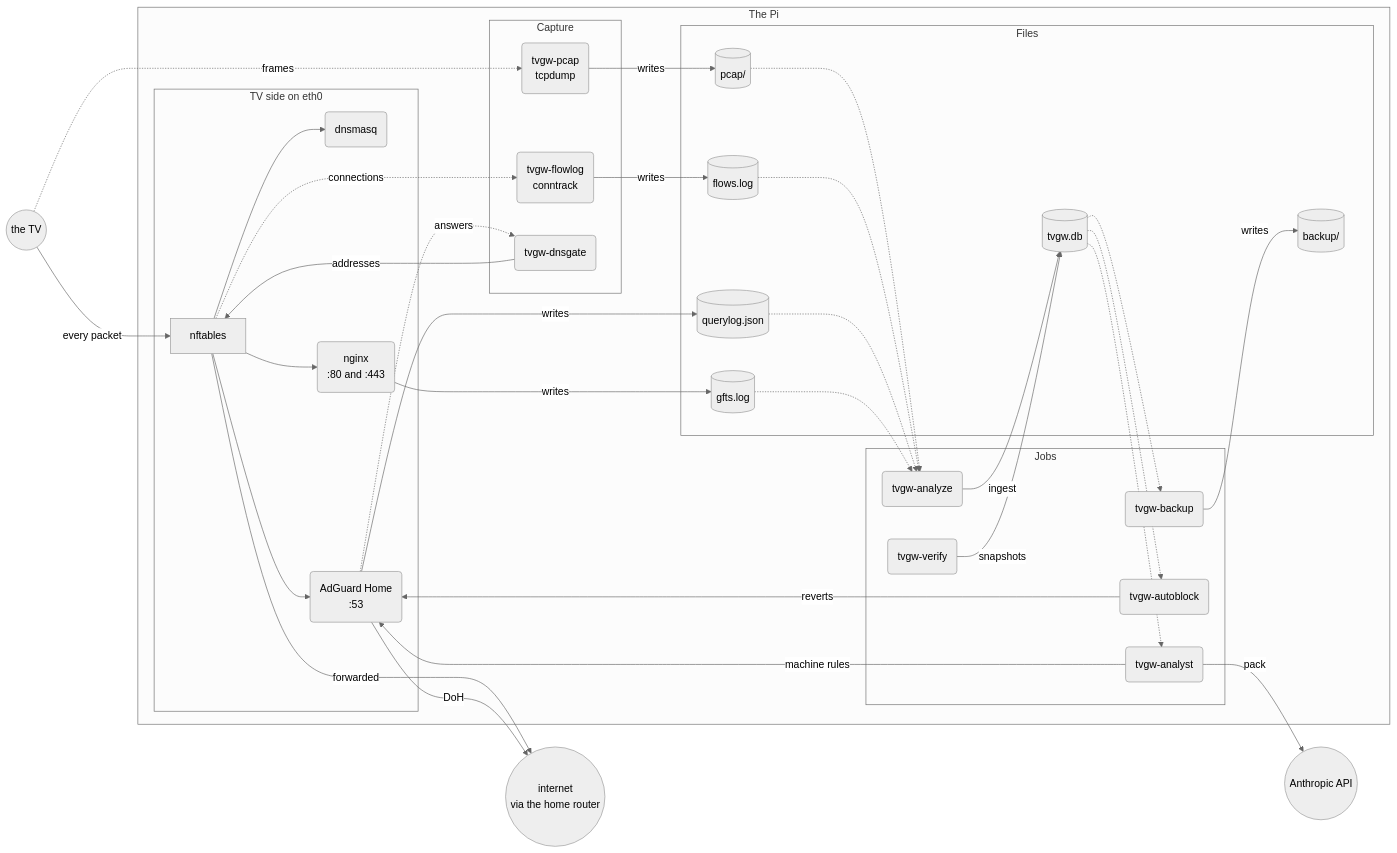
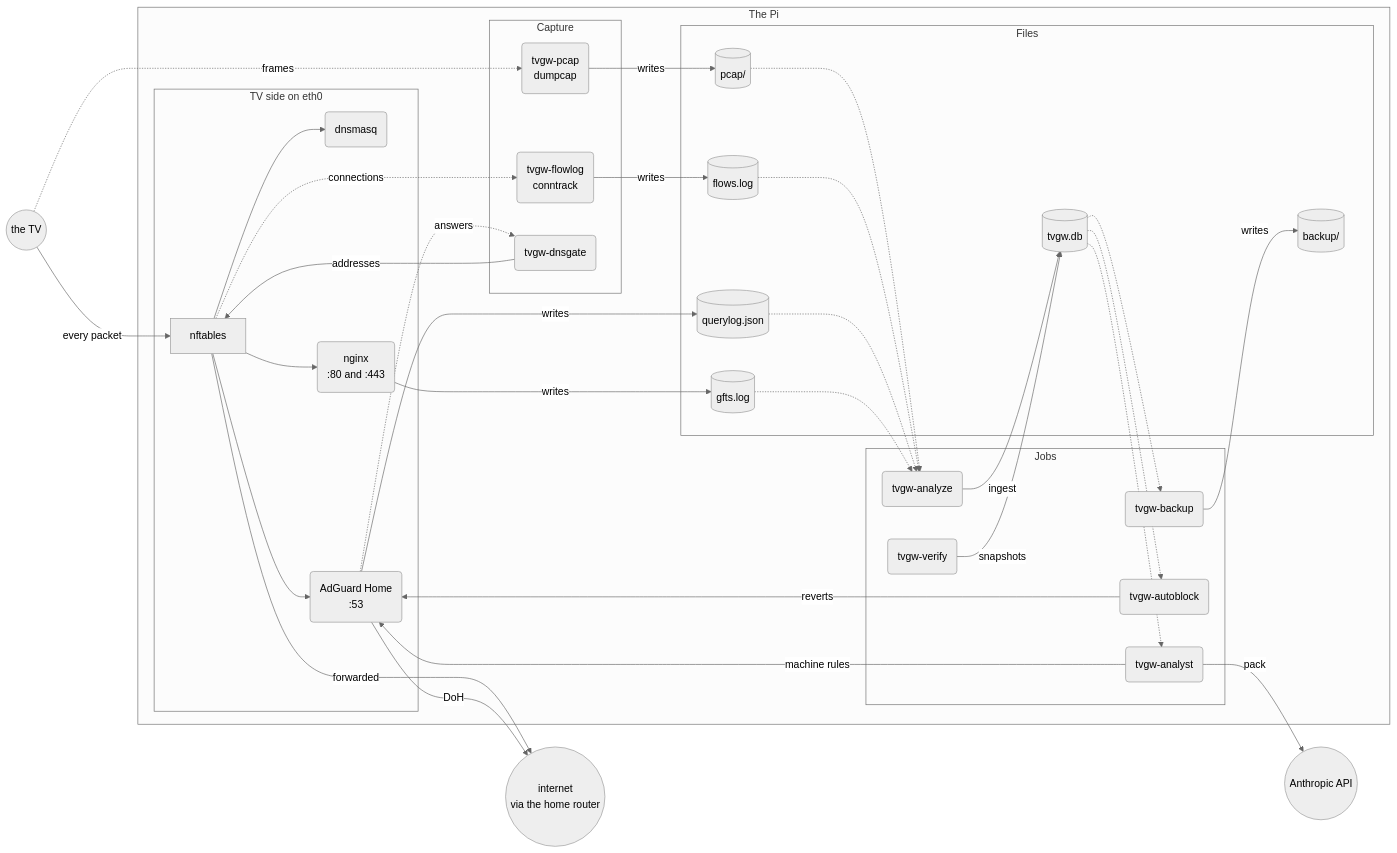
Before and after one commit to kywwilson11/tvgw: the first of 5 diagrams in docs/architecture.md, drawn with Mermaid (neutral theme). The commit also changed other lines of this file and 19 other files, not shown here.

````diff
--- a/docs/architecture.md
+++ b/docs/architecture.md
@@ -19,43 +19,43 @@
 ```mermaid
 flowchart LR
     subgraph pi["The Pi"]
         subgraph tvSide["TV side on eth0"]
             nft["nftables"] --> dnsmasq("dnsmasq") & adguard("AdGuard Home<br/>:53") & nginx("nginx<br/>:80 and :443")
         end
         subgraph capture["Capture"]
-            pcapUnit("tvgw-pcap<br/>tcpdump")
+            pcapUnit("tvgw-pcap<br/>dumpcap")
             flowlog("tvgw-flowlog<br/>conntrack")
             dnsgate("tvgw-dnsgate")
         end
         subgraph jobs["Jobs"]
             analyze("tvgw-analyze")
             verify("tvgw-verify")
             analyst("tvgw-analyst")
             autoblock("tvgw-autoblock")
             backup("tvgw-backup")
         end
         subgraph files["Files"]
             pcapDir[("pcap/")]
             flowsLog[("flows.log")]
             querylog[("querylog.json")]
             gftsLog[("gfts.log")]
             store[("tvgw.db")]
             backupDir[("backup/")]
         end
     end
     tv(("the TV")) -->|every packet| nft
     nft -->|forwarded| net(("internet<br/>via the home router"))
     adguard -->|DoH| net
     tv -.->|frames| pcapUnit -->|writes| pcapDir
     nft -.->|connections| flowlog -->|writes| flowsLog
     adguard -.->|answers| dnsgate -->|addresses| nft
     adguard -->|writes| querylog
     nginx -->|writes| gftsLog
     pcapDir & flowsLog & querylog & gftsLog -.-> analyze -->|ingest| store
     verify -->|snapshots| store
     store -.-> analyst & autoblock & backup
     analyst -->|pack| api(("Anthropic API"))
     analyst -->|machine rules| adguard
     autoblock -->|reverts| adguard
     backup -->|writes| backupDir
 ```
````
